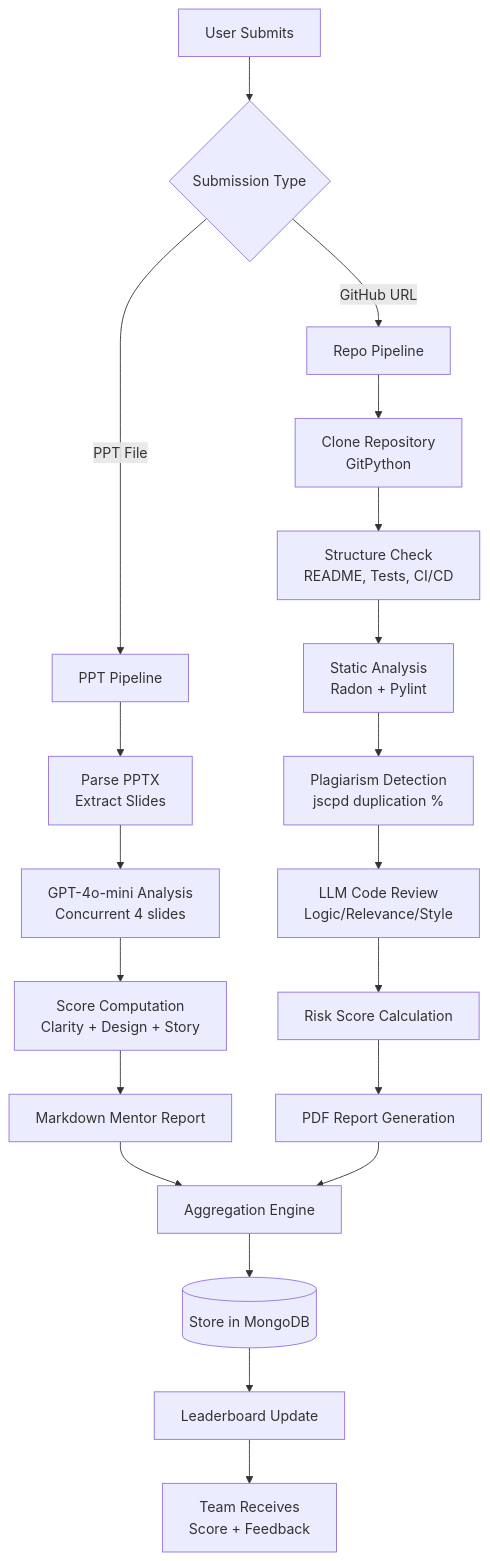
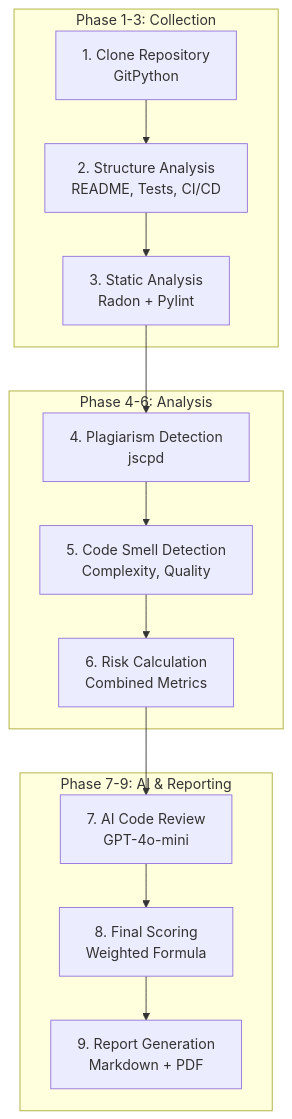
Before and after one commit to NischayJoshi/EvalX: diagram 15 of 18 in README.md, drawn with Mermaid. The commit also changed other lines of this file, not shown here.

Commit message:
docs: Comprehensive README with architecture, DFD, scalability, failure handling, and team contributions for Round 2

````diff
--- a/README.md
+++ b/README.md
@@ -202,25 +674,22 @@
 ```mermaid
 graph TD
-    A[User Submits] --> B{Submission Type}
+    subgraph "Phase 1-3: Collection"
+        P1[1. Clone Repository<br/>GitPython]
+        P2[2. Structure Analysis<br/>README, Tests, CI/CD]
+        P3[3. Static Analysis<br/>Radon + Pylint]
+    end
     
-    B -->|PPT File| C[PPT Pipeline]
-    C --> C1[Parse PPTX<br/>Extract Slides]
-    C1 --> C2[GPT-4o-mini Analysis<br/>Concurrent 4 slides]
-    C2 --> C3[Score Computation<br/>Clarity + Design + Story]
-    C3 --> C4[Markdown Mentor Report]
+    subgraph "Phase 4-6: Analysis"
+        P4[4. Plagiarism Detection<br/>jscpd]
+        P5[5. Code Smell Detection<br/>Complexity, Quality]
+        P6[6. Risk Calculation<br/>Combined Metrics]
+    end
     
-    B -->|GitHub URL| D[Repo Pipeline]
-    D --> D1[Clone Repository<br/>GitPython]
-    D1 --> D2[Structure Check<br/>README, Tests, CI/CD]
-    D2 --> D3[Static Analysis<br/>Radon + Pylint]
-    D3 --> D4[Plagiarism Detection<br/>jscpd duplication %]
-    D4 --> D5[LLM Code Review<br/>Logic/Relevance/Style]
-    D5 --> D6[Risk Score Calculation]
-    D6 --> D7[PDF Report Generation]
+    subgraph "Phase 7-9: AI & Reporting"
+        P7[7. AI Code Review<br/>GPT-4o-mini]
+        P8[8. Final Scoring<br/>Weighted Formula]
+        P9[9. Report Generation<br/>Markdown + PDF]
+    end
     
-    C4 --> E[Aggregation Engine]
-    D7 --> E
-    E --> F[(Store in MongoDB)]
-    F --> G[Leaderboard Update]
-    G --> H[Team Receives<br/>Score + Feedback]
+    P1 --> P2 --> P3 --> P4 --> P5 --> P6 --> P7 --> P8 --> P9
 ```
````
